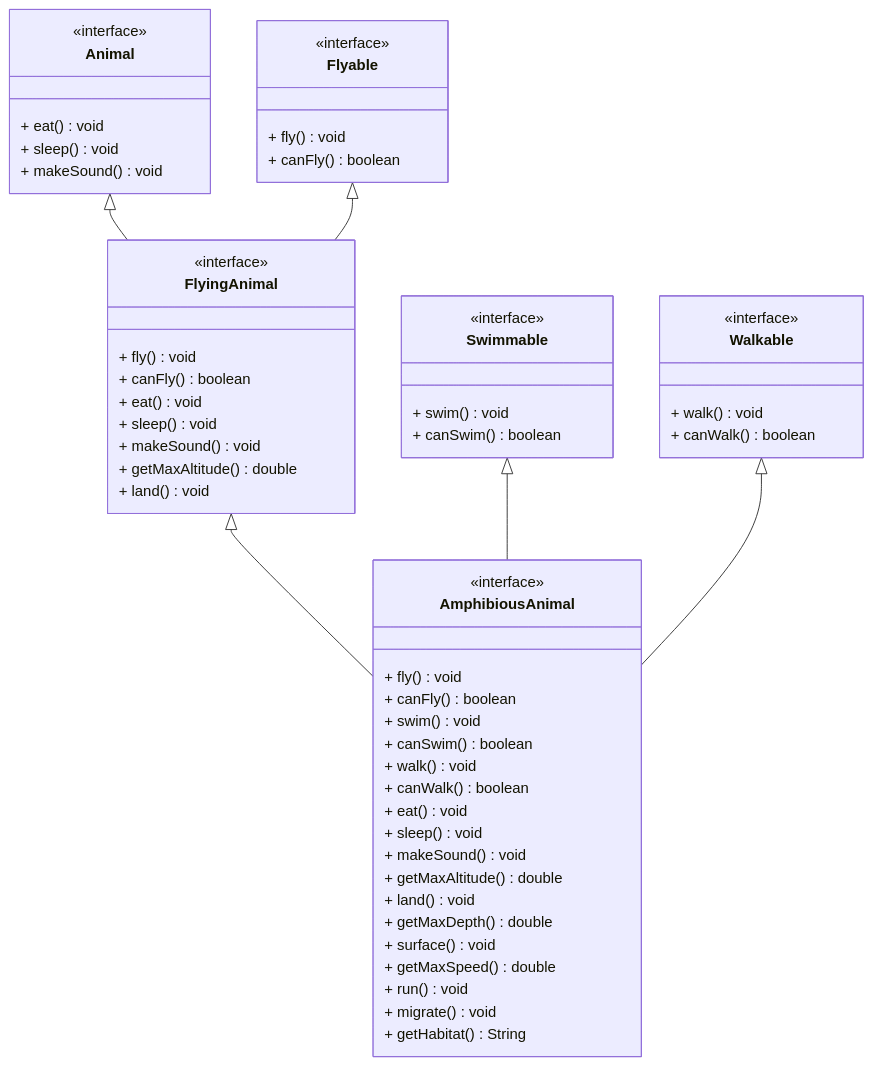
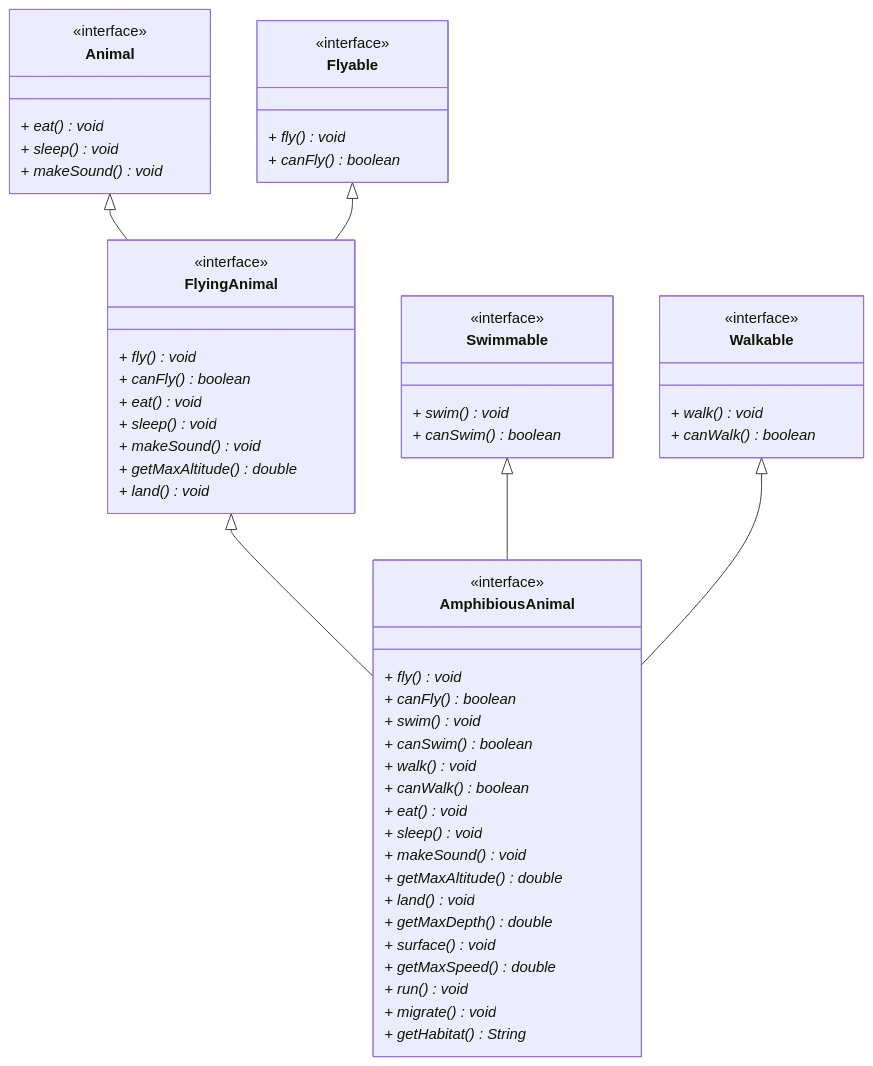
Before and after one commit to TroelsMortensen/Codelabs2: the second of 2 diagrams in Articles/Session 15 - Interfaces/005 Interface inheritance.md, drawn with Mermaid. The commit also changed other lines of this file and 6 other files, not shown here.

````diff
--- a/Articles/Session 15 - Interfaces/005 Interface inheritance.md
+++ b/Articles/Session 15 - Interfaces/005 Interface inheritance.md
@@ -41,65 +44,65 @@
 ```mermaid
 classDiagram
     class Flyable {
         <<interface>>
-        + fly() void
-        + canFly() boolean
+        _+ fly() void_
+        _+ canFly() boolean_
     }
     
     class Swimmable {
         <<interface>>
-        + swim() void
-        + canSwim() boolean
+        _+ swim() void_
+        _+ canSwim() boolean_
     }
     
     class Walkable {
         <<interface>>
-        + walk() void
-        + canWalk() boolean
+        _+ walk() void_
+        _+ canWalk() boolean_
     }
     
     class Animal {
         <<interface>>
-        + eat() void
-        + sleep() void
-        + makeSound() void
+        _+ eat() void_
+        _+ sleep() void_
+        _+ makeSound() void_
     }
     
     class FlyingAnimal {
         <<interface>>
-        + fly() void
-        + canFly() boolean
-        + eat() void
-        + sleep() void
-        + makeSound() void
-        + getMaxAltitude() double
-        + land() void
+        _+ fly() void_
+        _+ canFly() boolean_
+        _+ eat() void_
+        _+ sleep() void_
+        _+ makeSound() void_
+        _+ getMaxAltitude() double_
+        _+ land() void_
     }
     
     class AmphibiousAnimal {
         <<interface>>
-        + fly() void
-        + canFly() boolean
-        + swim() void
-        + canSwim() boolean
-        + walk() void
-        + canWalk() boolean
-        + eat() void
-        + sleep() void
-        + makeSound() void
-        + getMaxAltitude() double
-        + land() void
-        + getMaxDepth() double
-        + surface() void
-        + getMaxSpeed() double
-        + run() void
-        + migrate() void
-        + getHabitat() String
+        _+ fly() void_  
+        _+ canFly() boolean_
+        _+ swim() void_
+        _+ canSwim() boolean_
+        _+ walk() void_
+        _+ canWalk() boolean_
+        _+ eat() void_
+        _+ sleep() void_
+        _+ makeSound() void_
+        _+ getMaxAltitude() double_
+        _+ land() void_
+        _+ getMaxDepth() double_
+        _+ surface() void_
+        _+ getMaxSpeed() double_
+        _+ run() void_
+        _+ migrate() void_
+        _+ getHabitat() String_
     }
     
     Animal <|-- FlyingAnimal
     Flyable <|-- FlyingAnimal
     FlyingAnimal <|-- AmphibiousAnimal
     Swimmable <|-- AmphibiousAnimal
     Walkable <|-- AmphibiousAnimal
 ```
````
